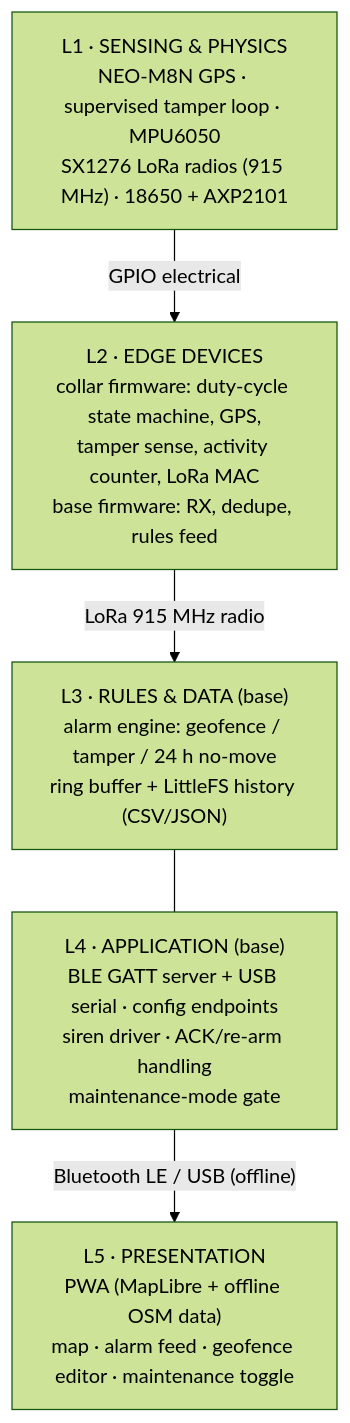
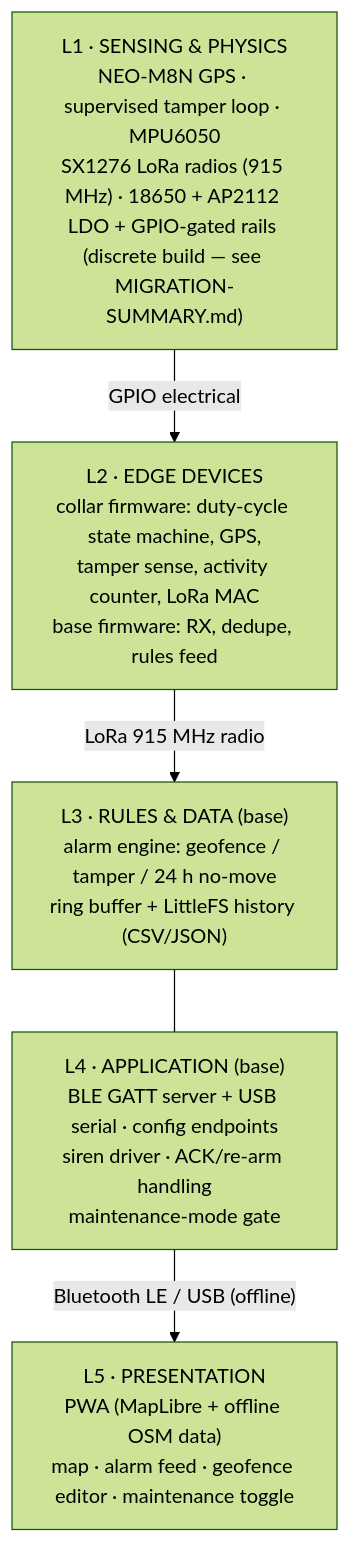
One commit to qppd/smart-collar changed the first of 3 diagrams in docs/SYSTEM-ARCHITECTURE.md. Above: the diagram before and after it, drawn with Mermaid (forest theme). The commit also changed 14 other files, not shown here.

First line of the commit message:
Hardware migration: Replace T-Beam v2.x with discrete ESP32 DevKit build

````diff
--- a/docs/SYSTEM-ARCHITECTURE.md
+++ b/docs/SYSTEM-ARCHITECTURE.md
@@ -9,12 +9,12 @@
 ```mermaid
 flowchart TB
     L5["L5 · PRESENTATION<br/>PWA (MapLibre + offline OSM data)<br/>map · alarm feed · geofence editor · maintenance toggle"]
     L4["L4 · APPLICATION (base)<br/>BLE GATT server + USB serial · config endpoints<br/>siren driver · ACK/re-arm handling<br/>maintenance-mode gate"]
     L3["L3 · RULES &amp; DATA (base)<br/>alarm engine: geofence / tamper / 24 h no-move<br/>ring buffer + LittleFS history (CSV/JSON)"]
     L2["L2 · EDGE DEVICES<br/>collar firmware: duty-cycle state machine, GPS,<br/>tamper sense, activity counter, LoRa MAC<br/>base firmware: RX, dedupe, rules feed"]
-    L1["L1 · SENSING &amp; PHYSICS<br/>NEO-M8N GPS · supervised tamper loop · MPU6050<br/>SX1276 LoRa radios (915 MHz) · 18650 + AXP2101"]
+    L1["L1 · SENSING &amp; PHYSICS<br/>NEO-M8N GPS · supervised tamper loop · MPU6050<br/>SX1276 LoRa radios (915 MHz) · 18650 + AP2112 LDO + GPIO-gated rails (discrete build — see MIGRATION-SUMMARY.md)"]
     L1 -- "GPIO electrical" --> L2
     L2 -- "LoRa 915 MHz radio" --> L3
     L3 --- L4
     L4 -- "Bluetooth LE / USB (offline)" --> L5
 ```
````
